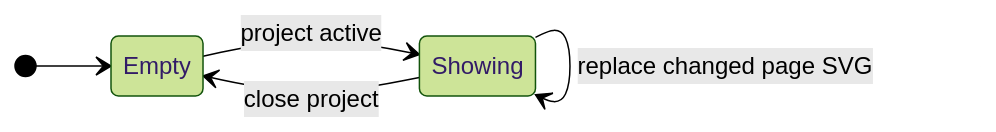
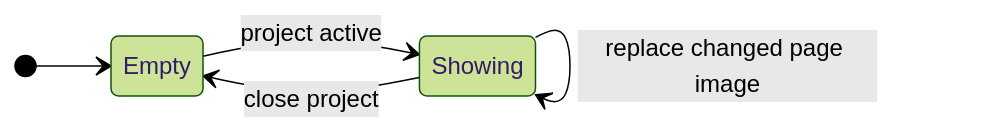
The fourth of 5 diagrams in context/state-diagrams.md (andmoreduro/ergo), drawn with Mermaid (forest theme) before and after one commit. The commit also changed other lines of this file and 3 other files, not shown here.

````diff
--- a/context/state-diagrams.md
+++ b/context/state-diagrams.md
@@ -52,8 +52,8 @@
 ```mermaid
 stateDiagram-v2
     direction LR
     [*] --> Empty
     Empty --> Showing : project active
-    Showing --> Showing : replace changed page SVG
+    Showing --> Showing : replace changed page image
     Showing --> Empty : close project
 ```
````
